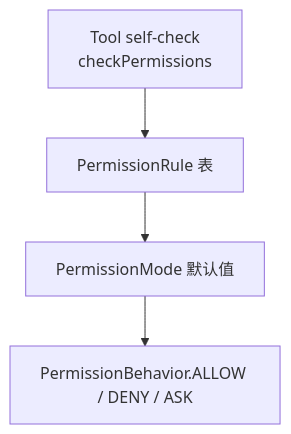
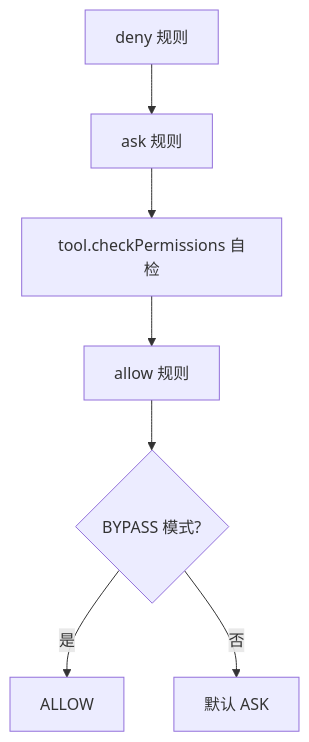
One commit to 3546514206/agentscope-java changed the third of 3 diagrams in learning/chapters/ch12-production-observability.md. Above: the diagram before and after it, drawn with Mermaid. The commit also changed other lines of this file and 12 other files, not shown here.

````diff
--- a/learning/chapters/ch12-production-observability.md
+++ b/learning/chapters/ch12-production-observability.md
@@ -99,6 +99,9 @@
 ```mermaid
 graph TB
-    A[Tool self-check<br/>checkPermissions] --> B[PermissionRule 表]
-    B --> C[PermissionMode 默认值]
-    C --> D[PermissionBehavior.ALLOW / DENY / ASK]
+    A[deny 规则] --> B[ask 规则]
+    B --> C[tool.checkPermissions 自检]
+    C --> D[allow 规则]
+    D --> E{BYPASS 模式?}
+    E -- 是 --> F[ALLOW]
+    E -- 否 --> G[默认 ASK]
 ```
````
